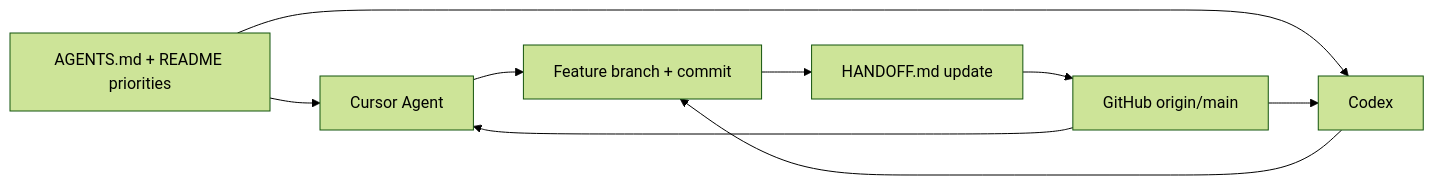
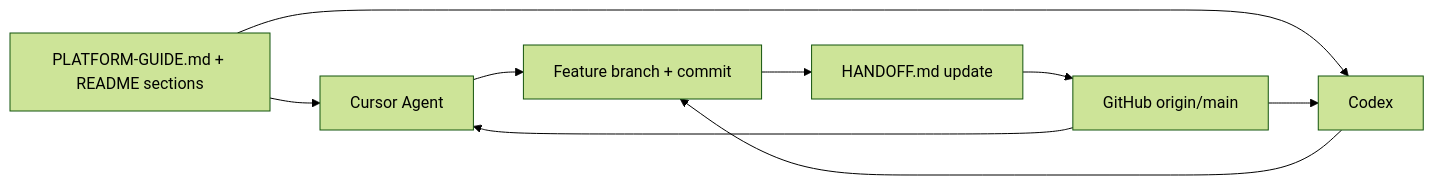
The first of 4 diagrams in HANDOFF.md (tech-fresh/the-switch-platform), drawn with Mermaid (forest theme) before and after one commit. The commit also changed other lines of this file and 29 other files, not shown here.

First line of the commit message:
Add PLATFORM-GUIDE.md as the single merged rules and module reference.

````diff
--- a/HANDOFF.md
+++ b/HANDOFF.md
@@ -133,11 +134,11 @@
 ```mermaid
 flowchart LR
-    A["AGENTS.md + README priorities"] --> B["Cursor Agent"]
+    A["PLATFORM-GUIDE.md + README sections"] --> B["Cursor Agent"]
     A --> C["Codex"]
     B --> D["Feature branch + commit"]
     C --> D
     D --> E["HANDOFF.md update"]
     E --> F["GitHub origin/main"]
     F --> B
     F --> C
 ```
````
